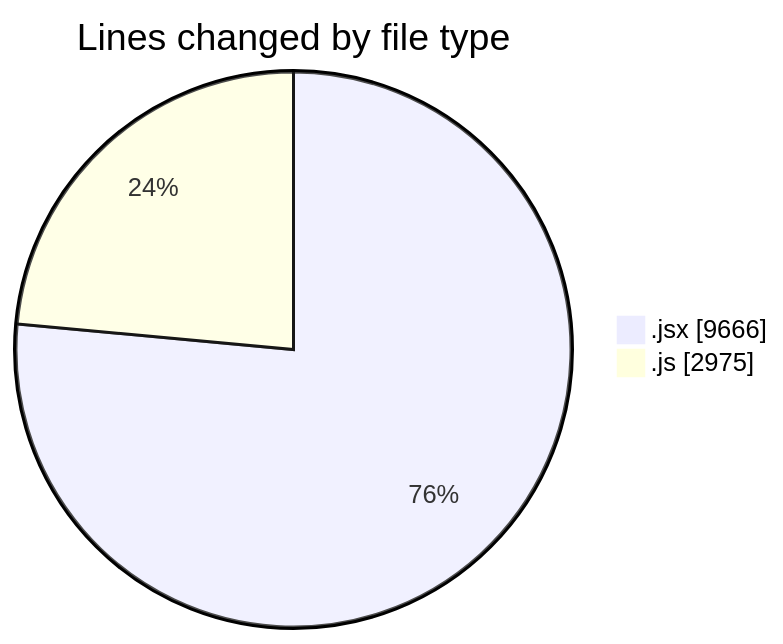
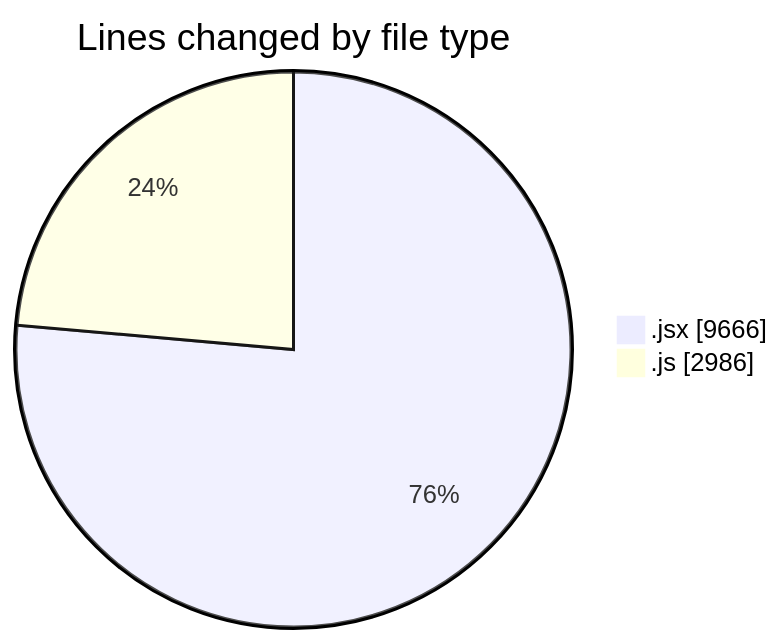
Before and after one commit to nxtqubesakshisongat/code-tracking: the first of 2 diagrams in 2025-12-11/nxtqube_webapp/README.md, drawn with Mermaid. The commit also changed other lines of this file and 1 other file, not shown here.

````diff
--- a/2025-12-11/nxtqube_webapp/README.md
+++ b/2025-12-11/nxtqube_webapp/README.md
@@ -34,6 +34,6 @@
 ```mermaid
 pie showData
 title Lines changed by file type
 ".jsx" : 9666
-".js" : 2975
+".js" : 2986
 ```
````
